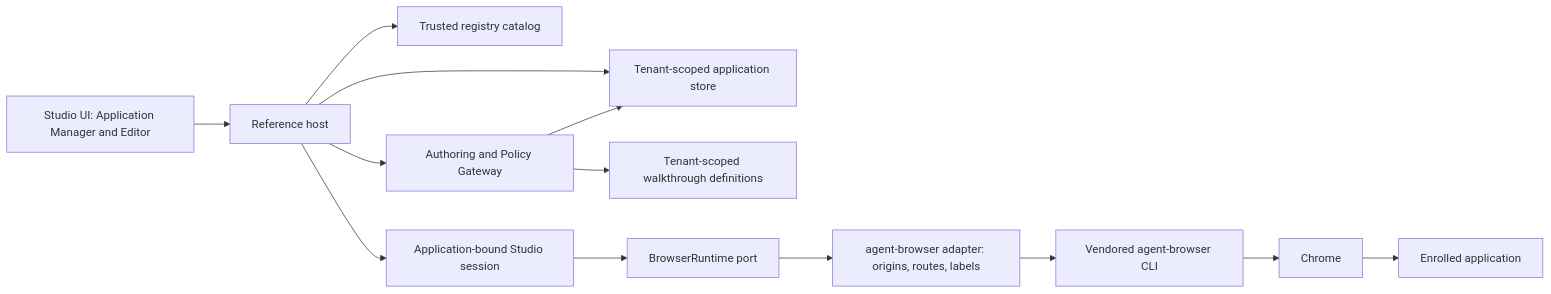
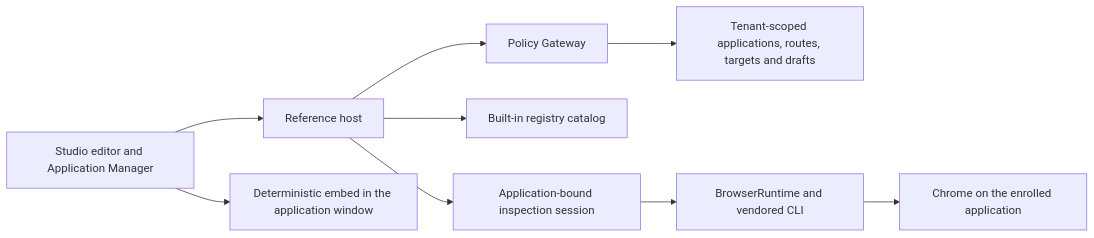
Before and after one commit to Ulmj7/Simplism-DAP-: the first of 2 diagrams in docs/studio-v1.md, drawn with Mermaid. The commit also changed other lines of this file and 2 other files, not shown here.

Commit message:
docs(studio): explain managed registries and the application embed

````diff
--- a/docs/studio-v1.md
+++ b/docs/studio-v1.md
@@ -7,15 +7,11 @@
 ```mermaid
 flowchart LR
-    UI["Studio UI: Application Manager and Editor"] --> Host["Reference host"]
-    Host --> Apps["Tenant-scoped application store"]
-    Host --> Catalog["Trusted registry catalog"]
-    Host --> Session["Application-bound Studio session"]
-    Host --> Gateway["Authoring and Policy Gateway"]
-    Gateway --> Apps
-    Gateway --> Drafts["Tenant-scoped walkthrough definitions"]
-    Session --> Port["BrowserRuntime port"]
-    Port --> Adapter["agent-browser adapter: origins, routes, labels"]
-    Adapter --> CLI["Vendored agent-browser CLI"]
-    CLI --> Chrome["Chrome"]
-    Chrome --> Application["Enrolled application"]
+    UI["Studio editor and Application Manager"] --> Host["Reference host"]
+    Host --> Gateway["Policy Gateway"]
+    Gateway --> DB["Tenant-scoped applications, routes, targets and drafts"]
+    Host --> Catalog["Built-in registry catalog"]
+    Host --> Session["Application-bound inspection session"]
+    Session --> Adapter["BrowserRuntime and vendored CLI"]
+    Adapter --> Chrome["Chrome on the enrolled application"]
+    UI --> Embed["Deterministic embed in the application window"]
 ```
````
